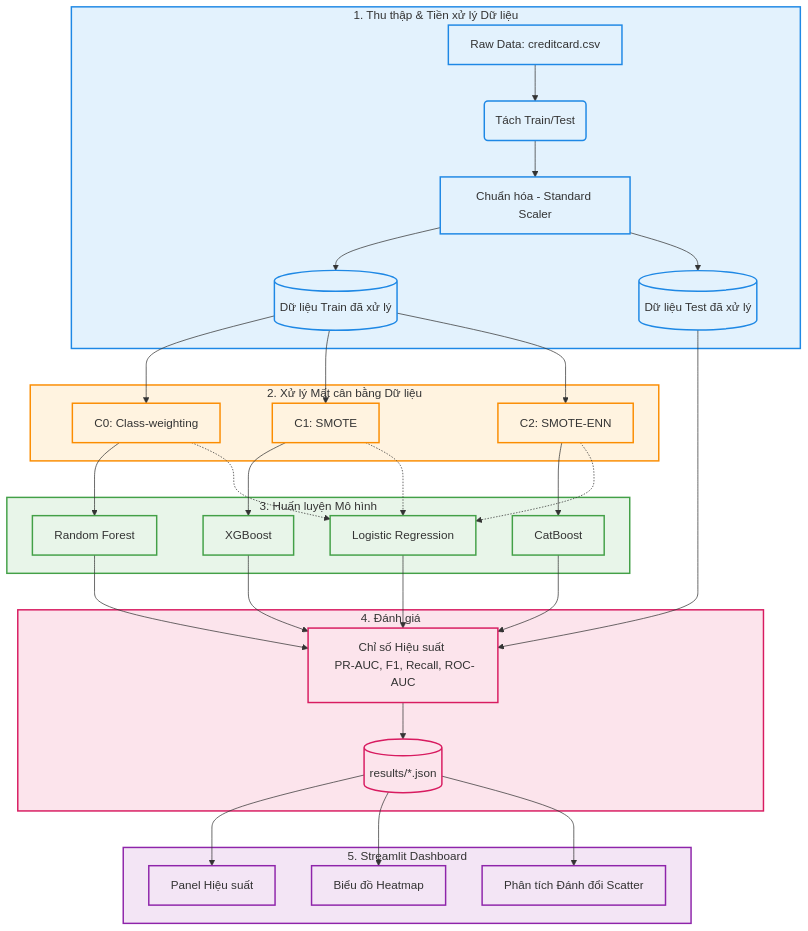
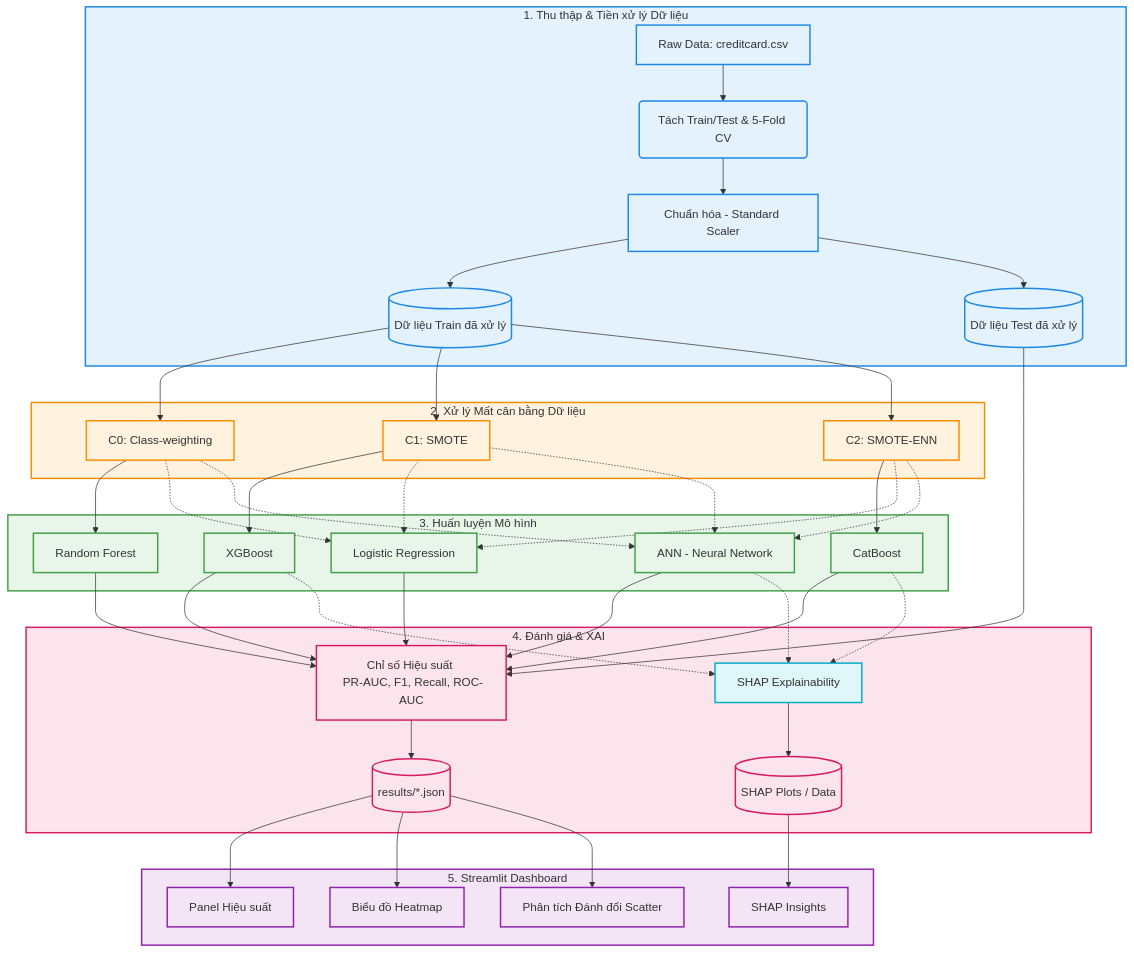
Before and after one commit to gnUrt1106/Fraud-Detection: the diagram in ARCHITECTURE.md, drawn with Mermaid. The commit also changed other lines of this file, not shown here.

````diff
--- a/ARCHITECTURE.md
+++ b/ARCHITECTURE.md
@@ -7,59 +7,71 @@
 ```mermaid
 flowchart TD
     %% Define styles
     classDef ingest fill:#e3f2fd,stroke:#1e88e5,stroke-width:2px;
     classDef process fill:#fff3e0,stroke:#fb8c00,stroke-width:2px;
     classDef model fill:#e8f5e9,stroke:#43a047,stroke-width:2px;
     classDef eval fill:#fce4ec,stroke:#d81b60,stroke-width:2px;
+    classDef explain fill:#e0f7fa,stroke:#00acc1,stroke-width:2px;
     classDef dashboard fill:#f3e5f5,stroke:#8e24aa,stroke-width:2px;
 
     %% Data Ingestion & Preprocessing
     subgraph S1 [1. Thu thập & Tiền xử lý Dữ liệu]
-        A[Raw Data: creditcard.csv] --> B(Tách Train/Test)
+        A[Raw Data: creditcard.csv] --> B(Tách Train/Test & 5-Fold CV)
         B --> C[Chuẩn hóa - Standard Scaler]
         C --> D[(Dữ liệu Train đã xử lý)]
         C --> E[(Dữ liệu Test đã xử lý)]
     end
     class S1,A,B,C,D,E ingest;
 
     %% Imbalance Handling
     subgraph S2 [2. Xử lý Mất cân bằng Dữ liệu]
         D --> F1[C0: Class-weighting]
         D --> F2[C1: SMOTE]
         D --> F3[C2: SMOTE-ENN]
     end
     class S2,F1,F2,F3 process;
 
     %% Model Training
     subgraph S3 [3. Huấn luyện Mô hình]
         F1 --> M1[Random Forest]
         F2 --> M2[XGBoost]
         F3 --> M3[CatBoost]
         F1 -.-> M4[Logistic Regression]
         F2 -.-> M4
         F3 -.-> M4
+        F1 -.-> M5[ANN - Neural Network]
+        F2 -.-> M5
+        F3 -.-> M5
     end
-    class S3,M1,M2,M3,M4 model;
+    class S3,M1,M2,M3,M4,M5 model;
 
-    %% Evaluation
-    subgraph S4 [4. Đánh giá]
+    %% Evaluation & Explainability
+    subgraph S4 [4. Đánh giá & XAI]
         M1 --> P[Chỉ số Hiệu suất \n PR-AUC, F1, Recall, ROC-AUC]
         M2 --> P
         M3 --> P
         M4 --> P
+        M5 --> P
+        
+        M2 -.-> X[SHAP Explainability]
+        M3 -.-> X
+        M5 -.-> X
         
         P --> JSON[(results/*.json)]
+        X --> SHAP_PLOTS[(SHAP Plots / Data)]
     end
-    class S4,P,JSON eval;
+    class S4,P,JSON,X,SHAP_PLOTS eval;
+    class X explain;
 
     %% Dashboarding
     subgraph S5 [5. Streamlit Dashboard]
         JSON --> UI1[Panel Hiệu suất]
         JSON --> UI2[Biểu đồ Heatmap]
         JSON --> UI3[Phân tích Đánh đổi Scatter]
+        SHAP_PLOTS --> UI4[SHAP Insights]
     end
-    class S5,UI1,UI2,UI3 dashboard;
+    class S5,UI1,UI2,UI3,UI4 dashboard;
 
     %% Connections across subgraphs
     E --> P
 ```
````
